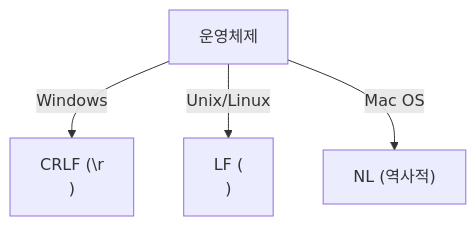
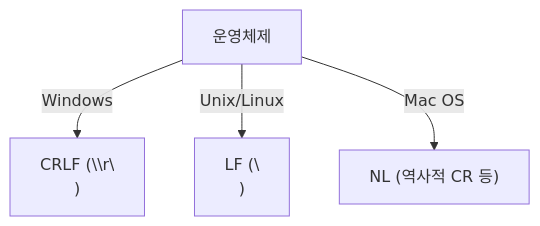
The first of 8 diagrams in content/post/2024/2024-10-15-crlf/index.md (42jerrykim/42jerrykim.github.io), drawn with Mermaid before and after one commit. The commit also changed other lines of this file and 239 other files, not shown here.

````diff
--- a/content/post/2024/2024-10-15-crlf/index.md
+++ b/content/post/2024/2024-10-15-crlf/index.md
@@ -133,6 +111,10 @@
 ```mermaid
-graph TD;
-    A[운영체제] -->|Windows| B["CRLF (\r\n)"];
-    A -->|Unix/Linux| C["LF (\n)"];
-    A -->|Mac OS| D["NL (역사적)"];
+graph TD
+    Os["운영체제"]
+    WinCrlf["CRLF (\\r\\n)"]
+    UnixLf["LF (\\n)"]
+    MacNl["NL (역사적 CR 등)"]
+    Os -->|"Windows"| WinCrlf
+    Os -->|"Unix/Linux"| UnixLf
+    Os -->|"Mac OS"| MacNl
 ```
````
